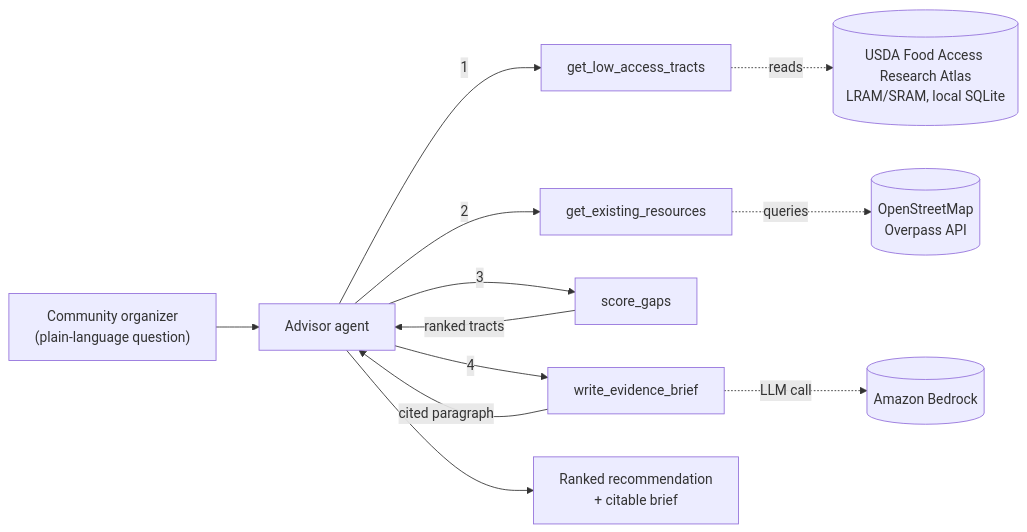
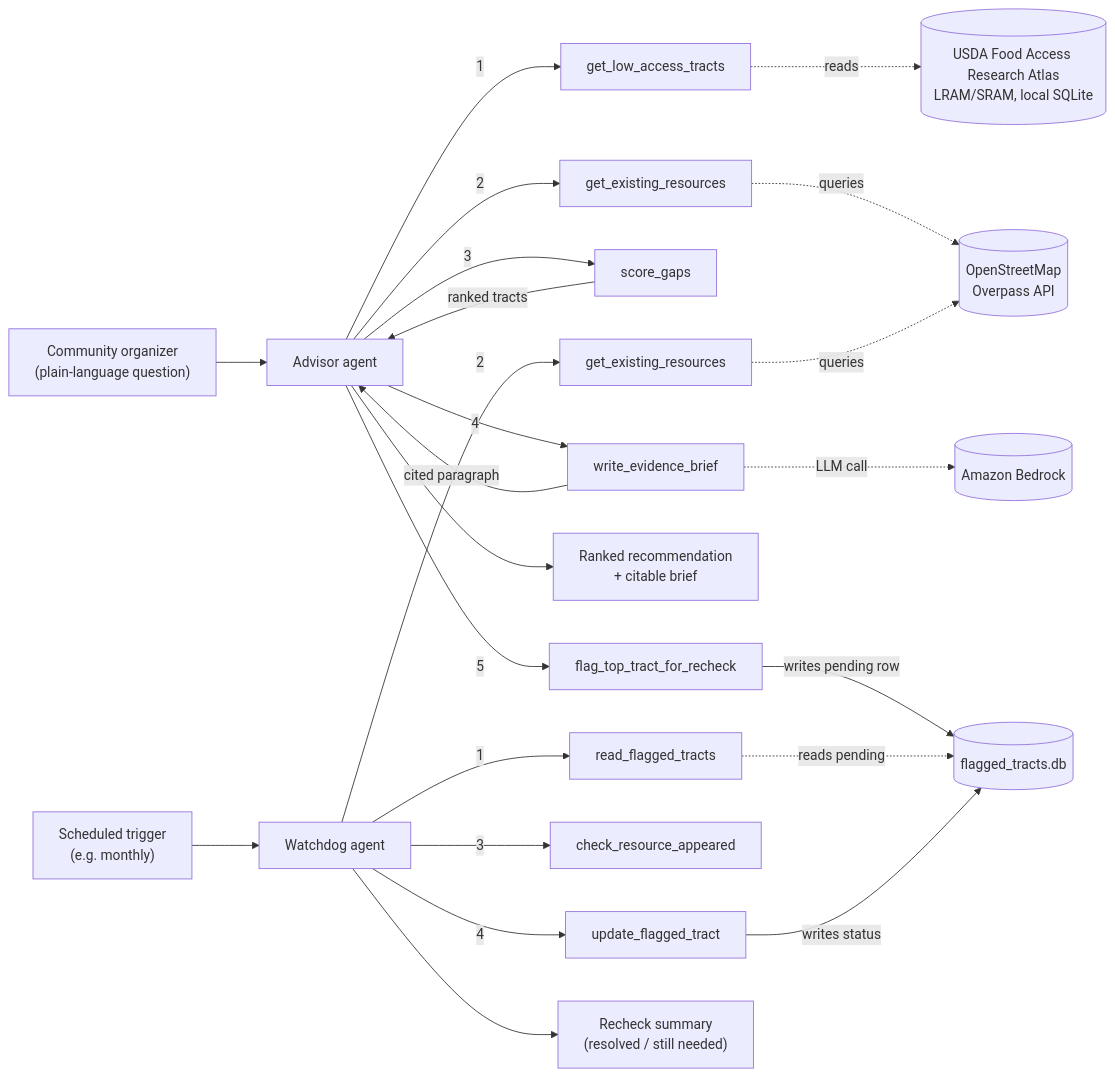
One commit to explainable-ai/food-access-advisor changed the diagram in README.md. Above: the diagram before and after it, drawn with Mermaid. The commit also changed other lines of this file and 8 other files, not shown here.

````diff
--- a/README.md
+++ b/README.md
@@ -19,16 +22,29 @@
 ```mermaid
 flowchart LR
     U["Community organizer\n(plain-language question)"] --> ADV[Advisor agent]
     ADV -->|1| AD[get_low_access_tracts]
     ADV -->|2| ER[get_existing_resources]
     ADV -->|3| GS[score_gaps]
     ADV -->|4| EB[write_evidence_brief]
+    ADV -->|5| FLAG[flag_top_tract_for_recheck]
 
     AD -.reads.-> ATLAS[(USDA Food Access Research Atlas\nLRAM/SRAM, local SQLite)]
     ER -.queries.-> OSM[(OpenStreetMap\nOverpass API)]
     EB -.LLM call.-> BEDROCK[(Amazon Bedrock)]
+    FLAG -->|writes pending row| LOG[(flagged_tracts.db)]
 
     GS -->|ranked tracts| ADV
     EB -->|cited paragraph| ADV
     ADV --> ANSWER["Ranked recommendation\n+ citable brief"]
+
+    SCHED["Scheduled trigger\n(e.g. monthly)"] --> WD[Watchdog agent]
+    WD -->|1| RFT[read_flagged_tracts]
+    WD -->|2| ER2[get_existing_resources]
+    WD -->|3| CRA[check_resource_appeared]
+    WD -->|4| UFT[update_flagged_tract]
+
+    RFT -.reads pending.-> LOG
+    ER2 -.queries.-> OSM
+    UFT -->|writes status| LOG
+    WD --> REPORT["Recheck summary\n(resolved / still needed)"]
 ```
````
